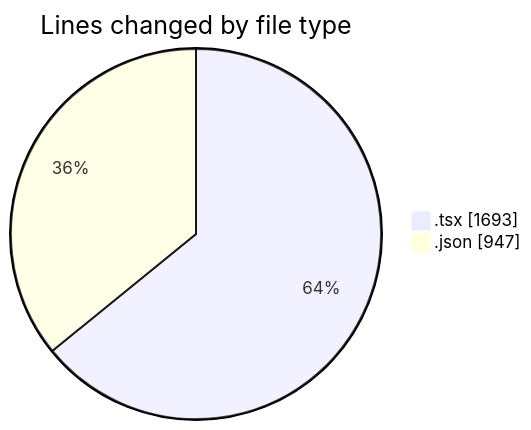
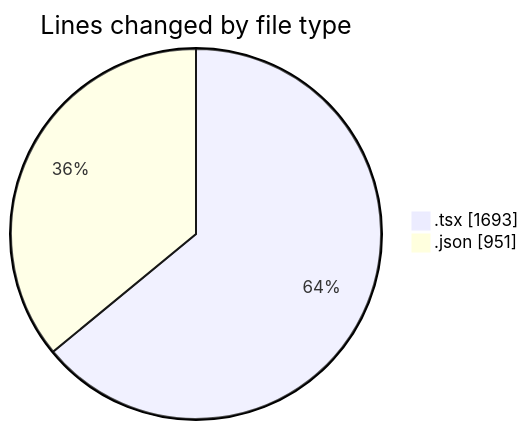
One commit to EIIisD/code-tracking changed the first of 2 diagrams in 2025-08-13/ribbon/README.md. Above: the diagram before and after it, drawn with Mermaid. The commit also changed other lines of this file and 1 other file, not shown here.

````diff
--- a/2025-08-13/ribbon/README.md
+++ b/2025-08-13/ribbon/README.md
@@ -29,6 +29,6 @@
 ```mermaid
 pie showData
 title Lines changed by file type
 ".tsx" : 1693
-".json" : 947
+".json" : 951
 ```
````
